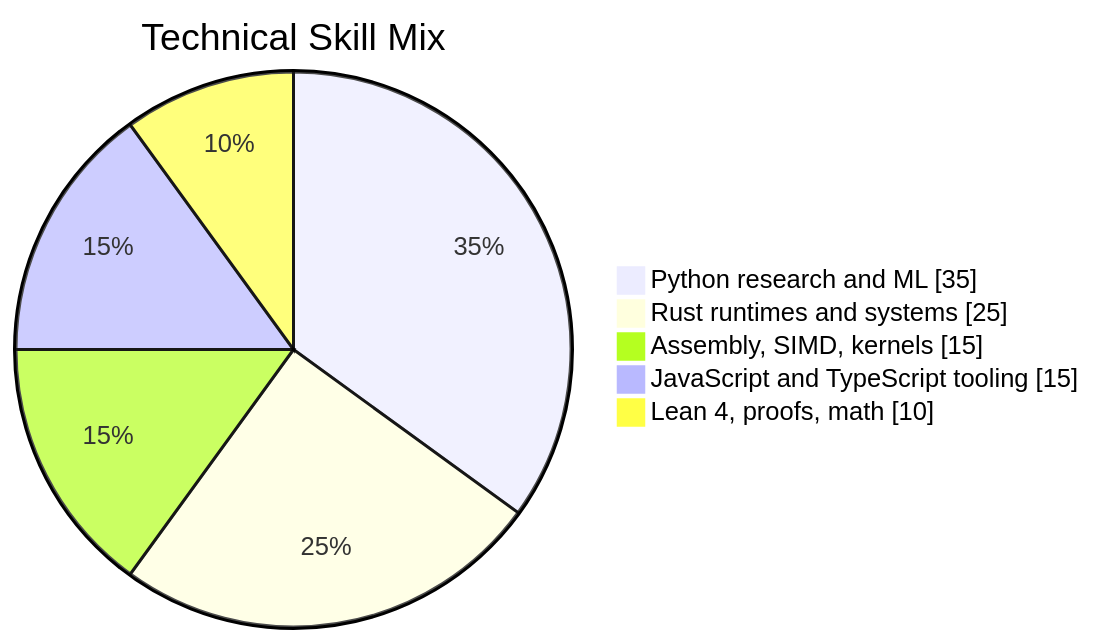
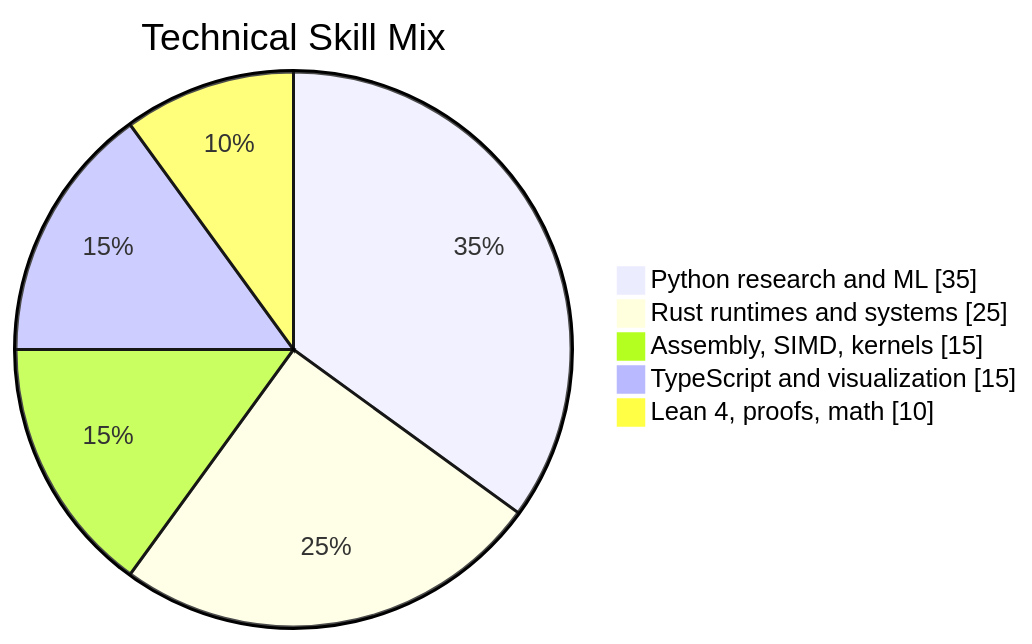
The diagram in README.md (teerthsharma/teerthsharma), drawn with Mermaid before and after one commit. The commit also changed other lines of this file, not shown here.

````diff
--- a/README.md
+++ b/README.md
@@ -26,9 +87,9 @@
 ```mermaid
 pie showData
     title Technical Skill Mix
     "Python research and ML" : 35
     "Rust runtimes and systems" : 25
     "Assembly, SIMD, kernels" : 15
-    "JavaScript and TypeScript tooling" : 15
+    "TypeScript and visualization" : 15
     "Lean 4, proofs, math" : 10
 ```
````
